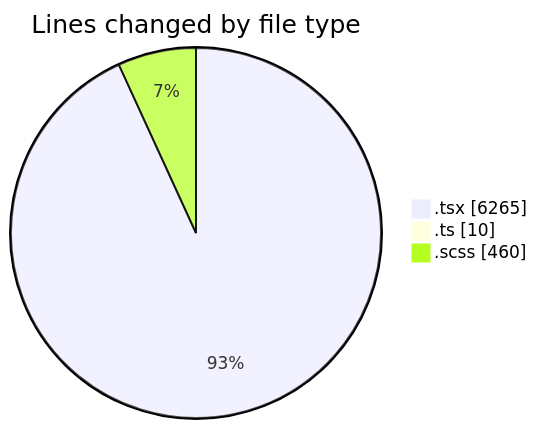
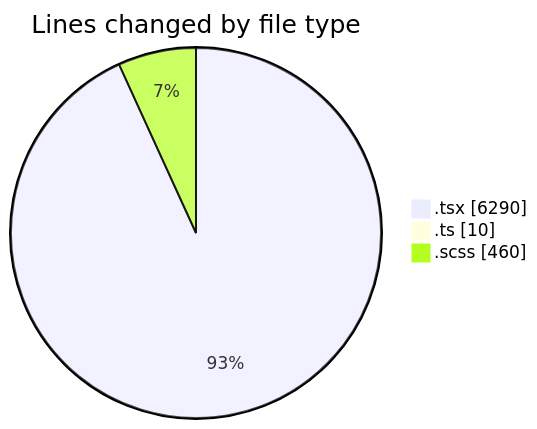
The first of 2 diagrams in 2025-11-17/cda/README.md (momahboobian/code-tracking), drawn with Mermaid before and after one commit. The commit also changed other lines of this file and 1 other file, not shown here.

````diff
--- a/2025-11-17/cda/README.md
+++ b/2025-11-17/cda/README.md
@@ -31,7 +31,7 @@
 ```mermaid
 pie showData
 title Lines changed by file type
-".tsx" : 6265
+".tsx" : 6290
 ".ts" : 10
 ".scss" : 460
 ```
````
